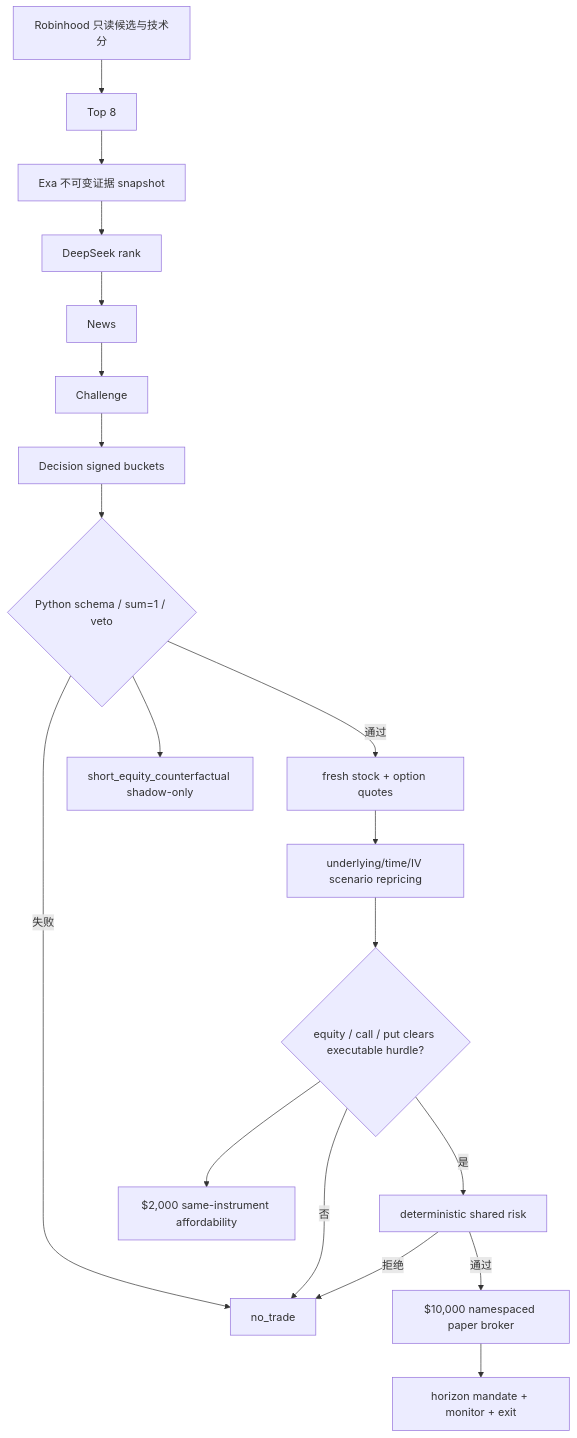
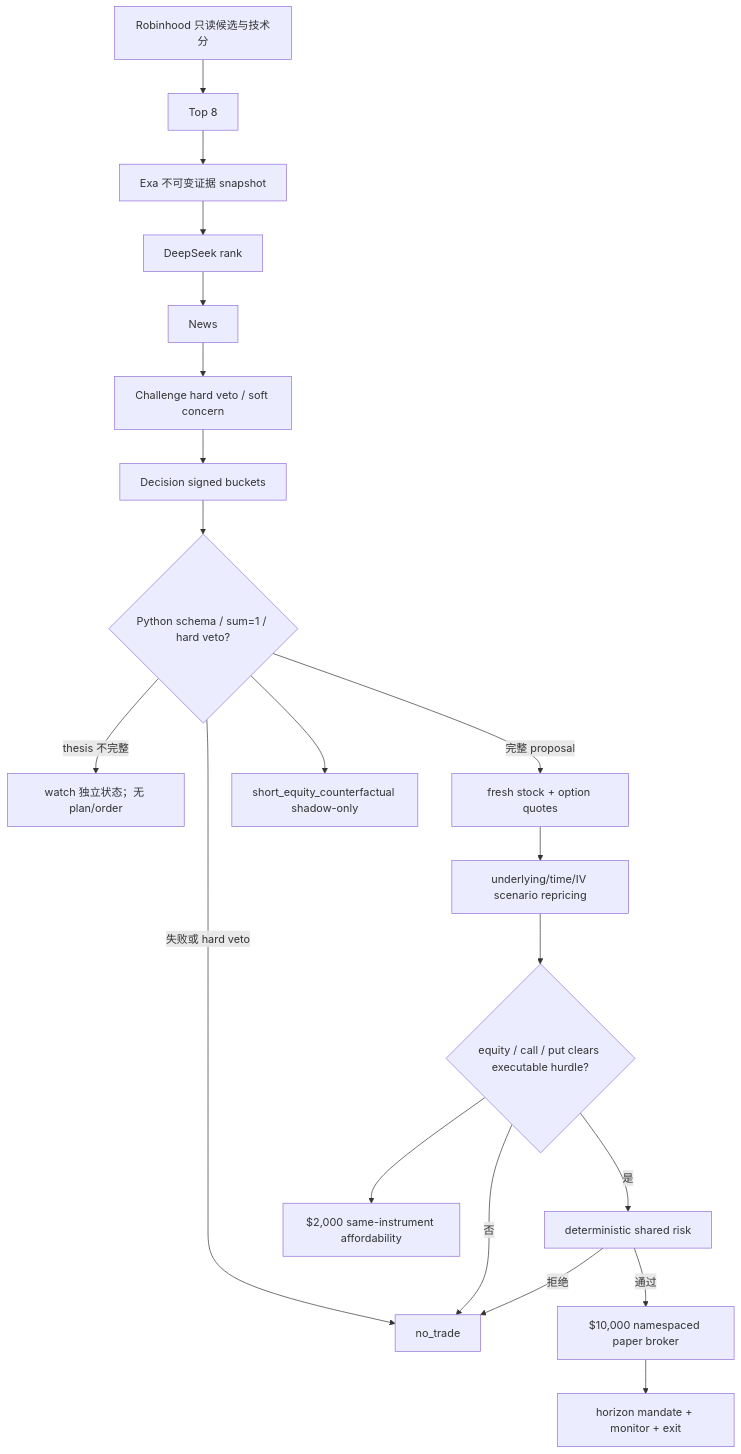
The seventh of 9 diagrams in PROJECT_ARCHITECTURE.md (CNDaniel02/vibe_trading), drawn with Mermaid before and after one commit. The commit also changed other lines of this file and 24 other files, not shown here.

````diff
--- a/PROJECT_ARCHITECTURE.md
+++ b/PROJECT_ARCHITECTURE.md
@@ -369,18 +369,19 @@
 ```mermaid
 flowchart TD
     R["Robinhood 只读候选与技术分"] --> T["Top 8"]
     T --> X["Exa 不可变证据 snapshot"] --> K["DeepSeek rank"]
-    K --> N["News"] --> C["Challenge"] --> D["Decision signed buckets"]
-    D --> V{"Python schema / sum=1 / veto"}
-    V -- "失败" --> NT["no_trade"]
-    V -- "通过" --> Q["fresh stock + option quotes"]
+    K --> N["News"] --> C["Challenge hard veto / soft concern"] --> D["Decision signed buckets"]
+    D --> V{"Python schema / sum=1 / hard veto?"}
+    V -- "失败或 hard veto" --> NT["no_trade"]
+    V -- "thesis 不完整" --> W["watch 独立状态；无 plan/order"]
+    V -- "完整 proposal" --> Q["fresh stock + option quotes"]
     Q --> S["underlying/time/IV scenario repricing"]
     S --> I{"equity / call / put clears executable hurdle?"}
     I -- "否" --> NT
     I -- "是" --> G["deterministic shared risk"]
     G -- "拒绝" --> NT
     G -- "通过" --> P["$10,000 namespaced paper broker"]
     P --> M["horizon mandate + monitor + exit"]
     I --> A["$2,000 same-instrument affordability"]
     V --> B["short_equity_counterfactual shadow-only"]
 ```
````
